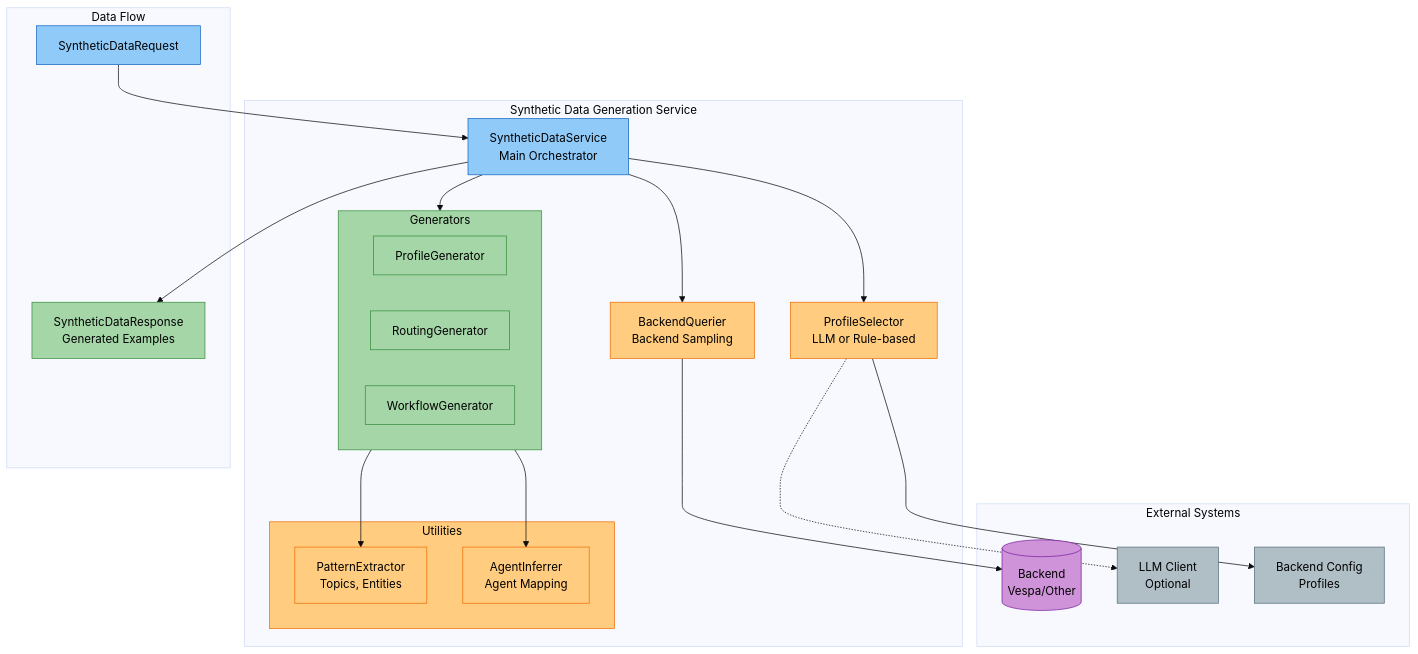
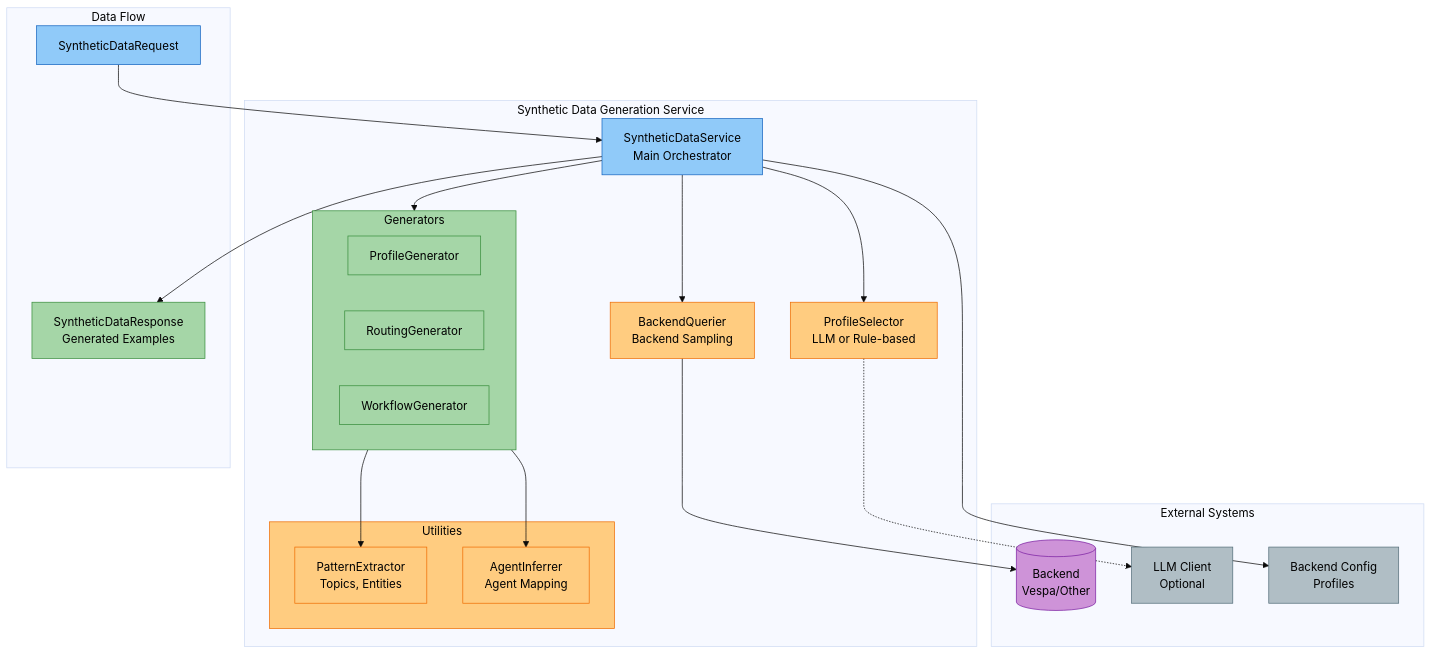
The first of 2 diagrams in docs/synthetic-data-generation.md (amit-jain/cogniverse), drawn with Mermaid (base theme) before and after one commit. The commit also changed other lines of this file and 50 other files, not shown here.

First line of the commit message:
Complete and verify docs against code with mermaid palette

````diff
--- a/docs/synthetic-data-generation.md
+++ b/docs/synthetic-data-generation.md
@@ -22,58 +28,58 @@
 ```mermaid
 flowchart TB
     subgraph SyntheticService["<span style='color:#000'>Synthetic Data Generation Service</span>"]
         Service["<span style='color:#000'>SyntheticDataService<br/>Main Orchestrator</span>"]
 
         Service --> ProfileSelector
         Service --> BackendQuerier
         Service --> Generators
 
         ProfileSelector["<span style='color:#000'>ProfileSelector<br/>LLM or Rule-based</span>"]
         BackendQuerier["<span style='color:#000'>BackendQuerier<br/>Backend Sampling</span>"]
 
         subgraph Generators["<span style='color:#000'>Generators</span>"]
             ProfileGen["<span style='color:#000'>ProfileGenerator</span>"]
             RoutingGen["<span style='color:#000'>RoutingGenerator</span>"]
             WorkflowGen["<span style='color:#000'>WorkflowGenerator</span>"]
         end
 
         subgraph Utilities["<span style='color:#000'>Utilities</span>"]
             PatternExtractor["<span style='color:#000'>PatternExtractor<br/>Topics, Entities</span>"]
             AgentInferrer["<span style='color:#000'>AgentInferrer<br/>Agent Mapping</span>"]
         end
 
         Generators --> PatternExtractor
         Generators --> AgentInferrer
     end
 
     subgraph ExternalSystems["<span style='color:#000'>External Systems</span>"]
         Backend[("<span style='color:#000'>Backend<br/>Vespa/Other</span>")]
         LLM["<span style='color:#000'>LLM Client<br/>Optional</span>"]
         BackendConfig["<span style='color:#000'>Backend Config<br/>Profiles</span>"]
     end
 
     ProfileSelector -.-> LLM
-    ProfileSelector --> BackendConfig
+    Service --> BackendConfig
     BackendQuerier --> Backend
 
     subgraph DataFlow["<span style='color:#000'>Data Flow</span>"]
         Request["<span style='color:#000'>SyntheticDataRequest</span>"] --> Service
         Service --> Response["<span style='color:#000'>SyntheticDataResponse<br/>Generated Examples</span>"]
     end
 
     style Service fill:#90caf9,stroke:#1565c0,color:#000
     style ProfileSelector fill:#ffcc80,stroke:#ef6c00,color:#000
     style BackendQuerier fill:#ffcc80,stroke:#ef6c00,color:#000
     style Generators fill:#a5d6a7,stroke:#388e3c,color:#000
     style ProfileGen fill:#a5d6a7,stroke:#388e3c,color:#000
     style RoutingGen fill:#a5d6a7,stroke:#388e3c,color:#000
     style WorkflowGen fill:#a5d6a7,stroke:#388e3c,color:#000
     style Utilities fill:#ffcc80,stroke:#ef6c00,color:#000
     style PatternExtractor fill:#ffcc80,stroke:#ef6c00,color:#000
     style AgentInferrer fill:#ffcc80,stroke:#ef6c00,color:#000
     style Backend fill:#ce93d8,stroke:#7b1fa2,color:#000
     style LLM fill:#b0bec5,stroke:#546e7a,color:#000
     style BackendConfig fill:#b0bec5,stroke:#546e7a,color:#000
     style Request fill:#90caf9,stroke:#1565c0,color:#000
     style Response fill:#a5d6a7,stroke:#388e3c,color:#000
 ```
````
